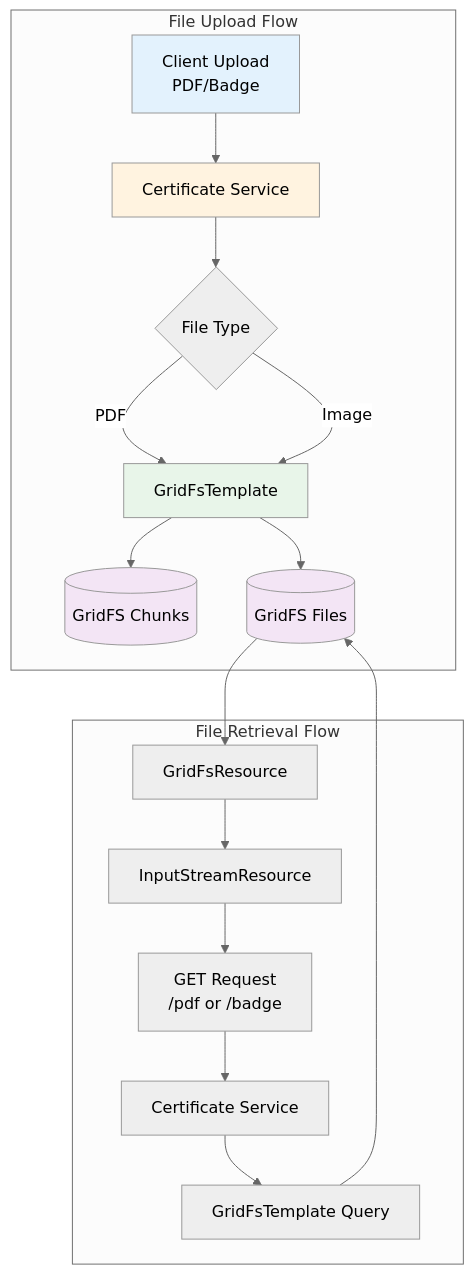
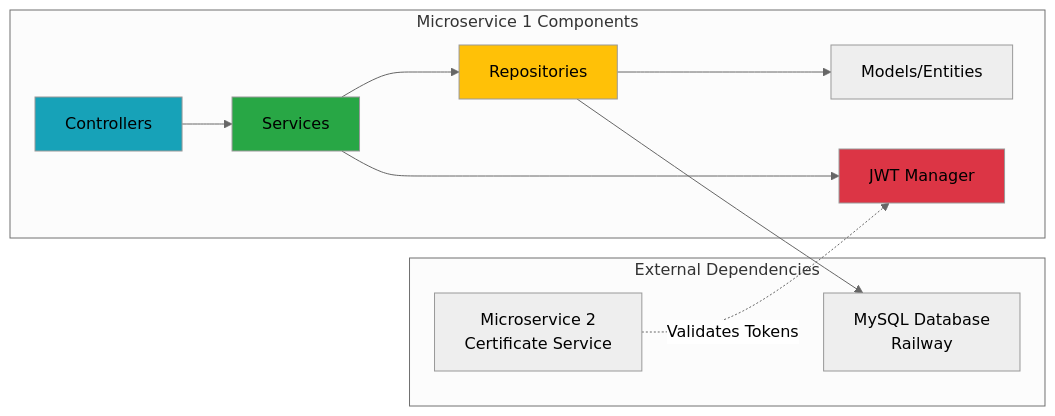
One commit to saimahendra282/Microservice1 changed the sixth of 6 diagrams in README.md. Above: the diagram before and after it, drawn with Mermaid (neutral theme). The commit also changed other lines of this file, not shown here.

````diff
--- a/README.md
+++ b/README.md
@@ -200,39 +231,27 @@
 ```mermaid
-graph TB
-    subgraph "File Upload Flow"
-        A[Client Upload<br/>PDF/Badge]
-        B[Certificate Service]
-        C{File Type}
-        D[GridFsTemplate]
-        E[(GridFS Chunks)]
-        F[(GridFS Files)]
+graph LR
+    subgraph "Microservice 1 Components"
+        A[Controllers]
+        B[Services]
+        C[Repositories]
+        D[Models/Entities]
+        E[JWT Manager]
     end
     
-    subgraph "File Retrieval Flow"
-        G[GET Request<br/>/pdf or /badge]
-        H[Certificate Service]
-        I[GridFsTemplate Query]
-        J[GridFsResource]
-        K[InputStreamResource]
+    subgraph "External Dependencies"
+        F[Microservice 2<br/>Certificate Service]
+        G[MySQL Database<br/>Railway]
     end
     
     A --> B
     B --> C
-    C -->|PDF| D
-    C -->|Image| D
-    D --> E
-    D --> F
+    B --> E
+    C --> D
+    C --> G
+    F -.->|Validates Tokens| E
     
-    G --> H
-    H --> I
-    I --> F
-    F --> J
-    J --> K
-    K --> G
-    
-    style A fill:#e3f2fd
-    style B fill:#fff3e0
-    style D fill:#e8f5e9
-    style E fill:#f3e5f5
-    style F fill:#f3e5f5
+    style A fill:#17a2b8
+    style B fill:#28a745
+    style C fill:#ffc107
+    style E fill:#dc3545
 ```
````
